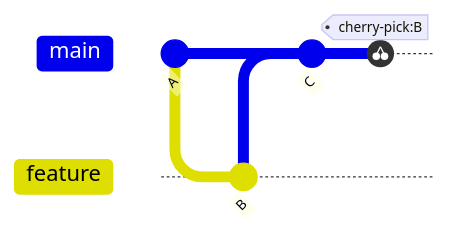
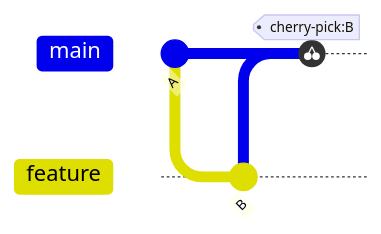
Before and after one commit to p-fruck/lecture-se2: diagram 17 of 18 in slides/01-git.md, drawn with Mermaid. The commit also changed other lines of this file, not shown here.

````diff
--- a/slides/01-git.md
+++ b/slides/01-git.md
@@ -298,9 +592,8 @@
-```mermaid +render
+```mermaid
 gitGraph
    commit id: "A"
    branch feature
    commit id: "B"
    checkout main
-   commit id: "C"
    cherry-pick id: "B"
 ```
````
